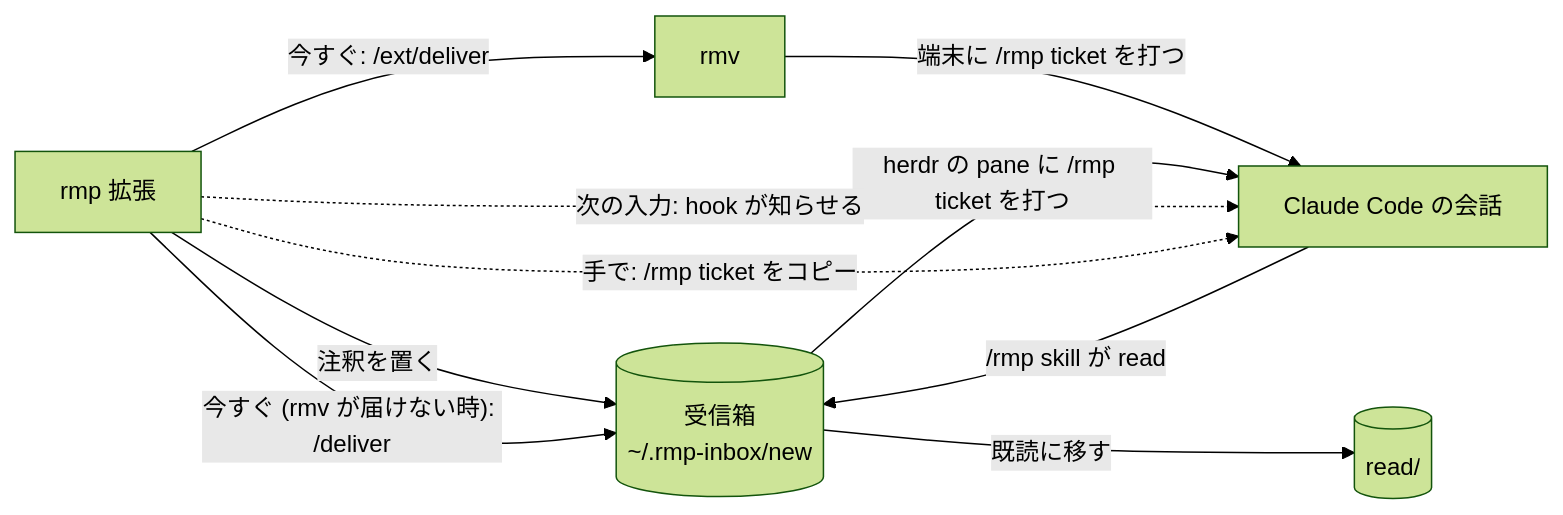
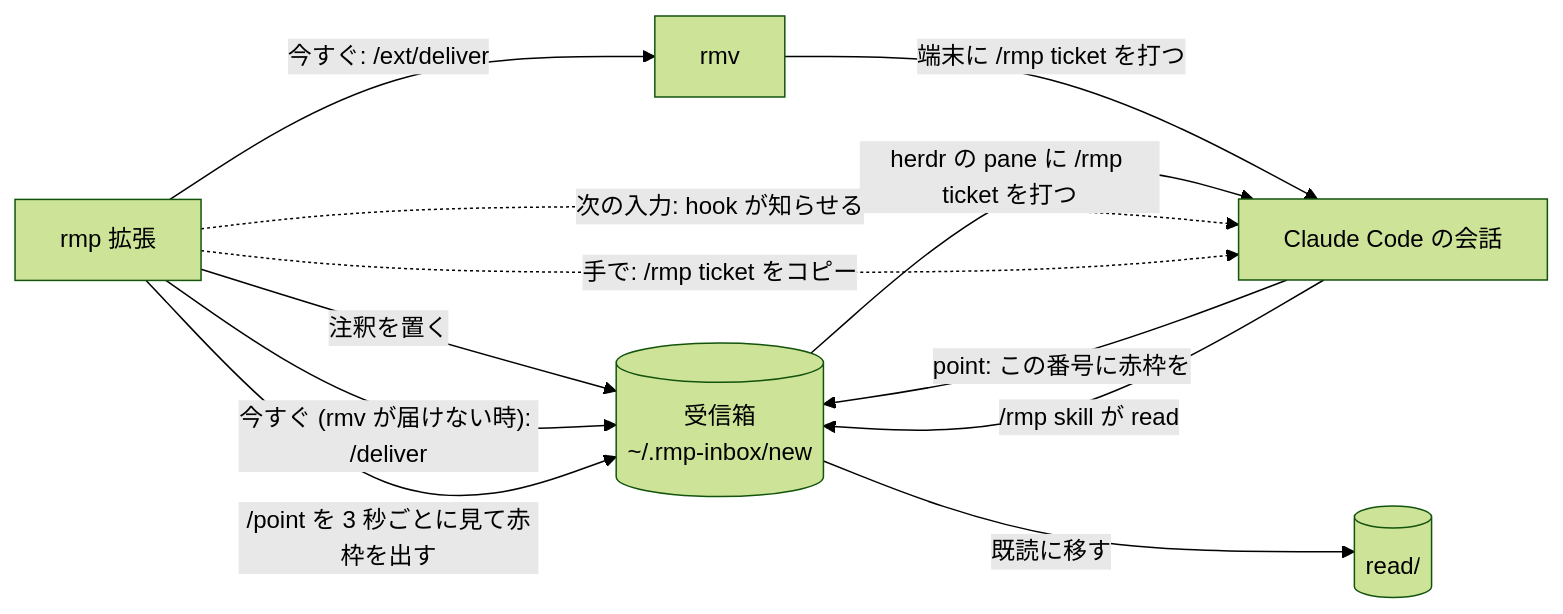
Before and after one commit to ktsm-yt/rmp: the diagram in README.md, drawn with Mermaid (forest theme). The commit also changed other lines of this file and 16 other files, not shown here.

````diff
--- a/README.md
+++ b/README.md
@@ -159,12 +166,14 @@
 ```mermaid
 flowchart LR
   ext[rmp 拡張] -- 注釈を置く --> inbox[(受信箱<br>~/.rmp-inbox/new)]
   ext -- 今すぐ: /ext/deliver --> rmv[rmv]
   rmv -- 端末に /rmp ticket を打つ --> cc[Claude Code の会話]
   ext -- 今すぐ (rmv が届けない時): /deliver --> inbox
+  cc -- point: この番号に赤枠を --> inbox
+  ext -- /point を 3 秒ごとに見て赤枠を出す --> inbox
   inbox -- herdr の pane に /rmp ticket を打つ --> cc
   ext -. 次の入力: hook が知らせる .-> cc
   ext -. 手で: /rmp ticket をコピー .-> cc
   cc -- /rmp skill が read --> inbox
   inbox -- 既読に移す --> read[(read/)]
 ```
````
